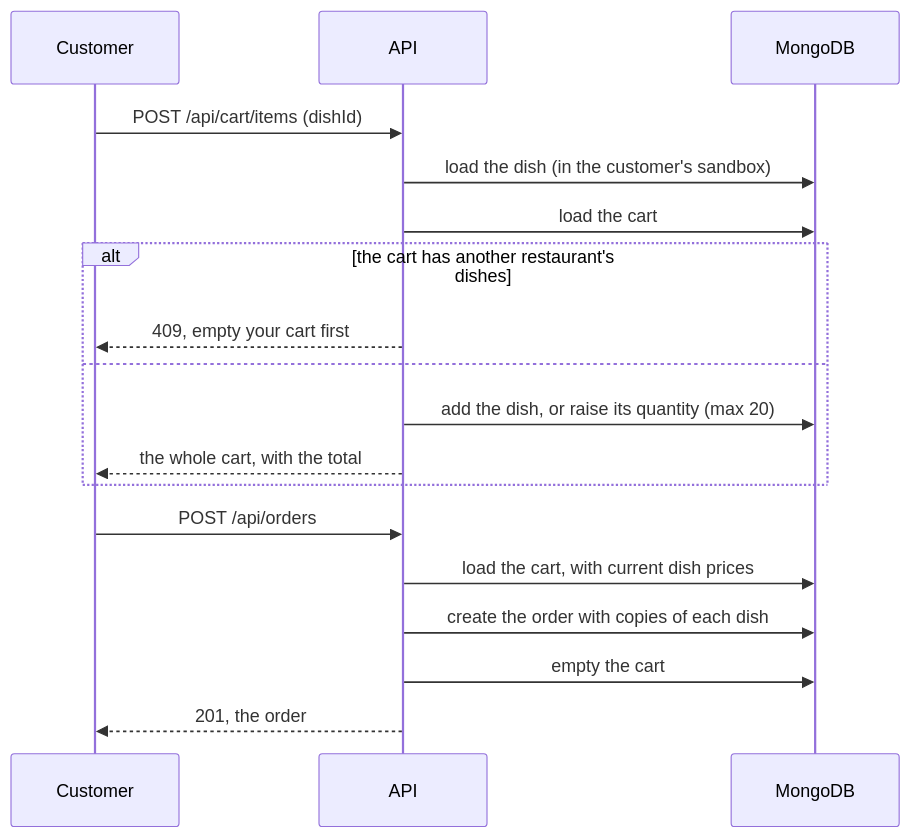
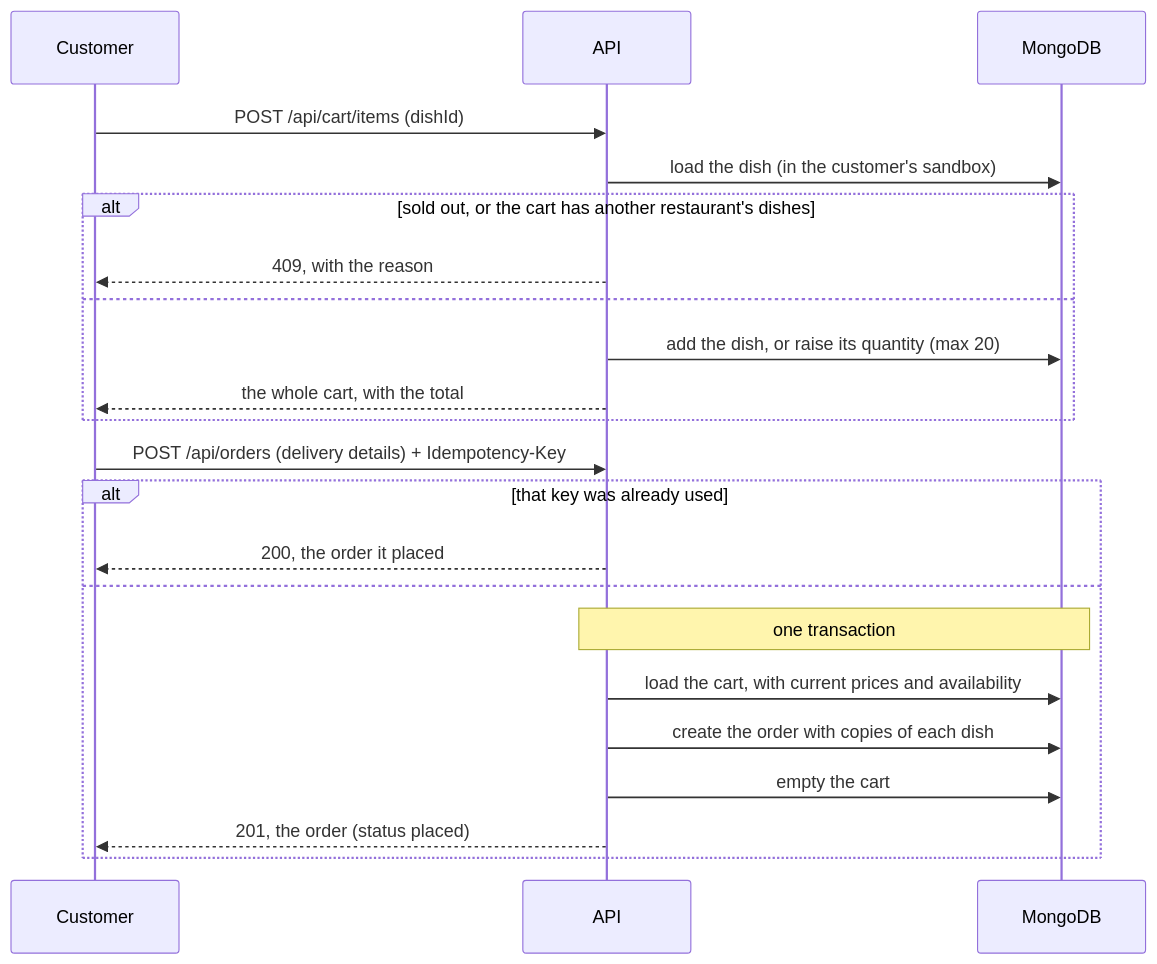
One commit to iamrs77/foodiez changed the third of 5 diagrams in docs/architecture.md. Above: the diagram before and after it, drawn with Mermaid. The commit also changed other lines of this file and 18 other files, not shown here.

First line of the commit message:
Document the order flow, search, logging and tests, with new screenshots

````diff
--- a/docs/architecture.md
+++ b/docs/architecture.md
@@ -110,20 +132,24 @@
 ```mermaid
 sequenceDiagram
   participant C as Customer
   participant API
   participant DB as MongoDB
   C->>API: POST /api/cart/items (dishId)
   API->>DB: load the dish (in the customer's sandbox)
-  API->>DB: load the cart
-  alt the cart has another restaurant's dishes
-    API-->>C: 409, empty your cart first
+  alt sold out, or the cart has another restaurant's dishes
+    API-->>C: 409, with the reason
   else
     API->>DB: add the dish, or raise its quantity (max 20)
     API-->>C: the whole cart, with the total
   end
-  C->>API: POST /api/orders
-  API->>DB: load the cart, with current dish prices
-  API->>DB: create the order with copies of each dish
-  API->>DB: empty the cart
-  API-->>C: 201, the order
+  C->>API: POST /api/orders (delivery details) + Idempotency-Key
+  alt that key was already used
+    API-->>C: 200, the order it placed
+  else
+    Note over API,DB: one transaction
+    API->>DB: load the cart, with current prices and availability
+    API->>DB: create the order with copies of each dish
+    API->>DB: empty the cart
+    API-->>C: 201, the order (status placed)
+  end
 ```
````
